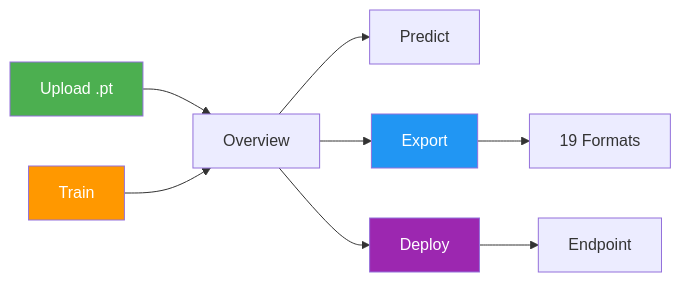
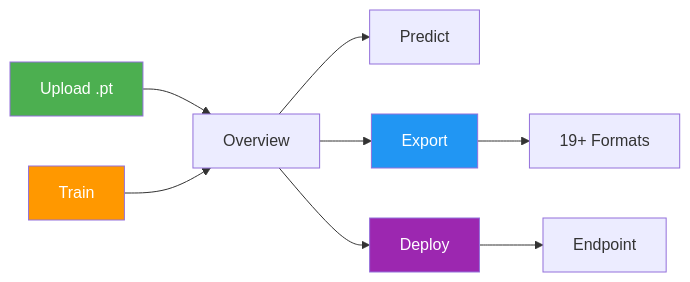
Before and after one commit to ultralytics/ultralytics: the first of 2 diagrams in docs/en/platform/train/models.md, drawn with Mermaid. The commit also changed other lines of this file and 3 other files, not shown here.

````diff
--- a/docs/en/platform/train/models.md
+++ b/docs/en/platform/train/models.md
@@ -54,15 +54,15 @@
 ```mermaid
 graph LR
     A[Upload .pt] --> B[Overview]
     C[Train] --> B
     B --> D[Predict]
     B --> E[Export]
     B --> F[Deploy]
-    E --> G[19 Formats]
+    E --> G[19+ Formats]
     F --> H[Endpoint]
 
     style A fill:#4CAF50,color:#fff
     style C fill:#FF9800,color:#fff
     style E fill:#2196F3,color:#fff
     style F fill:#9C27B0,color:#fff
 ```
````
